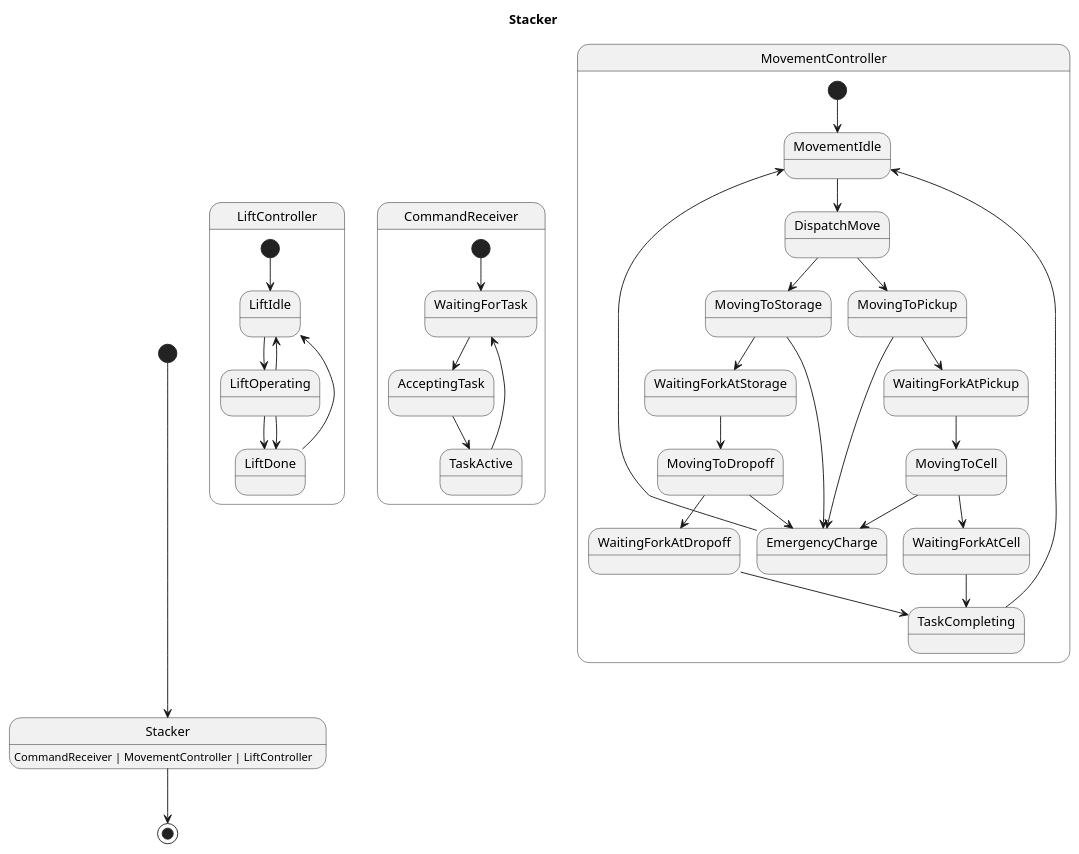
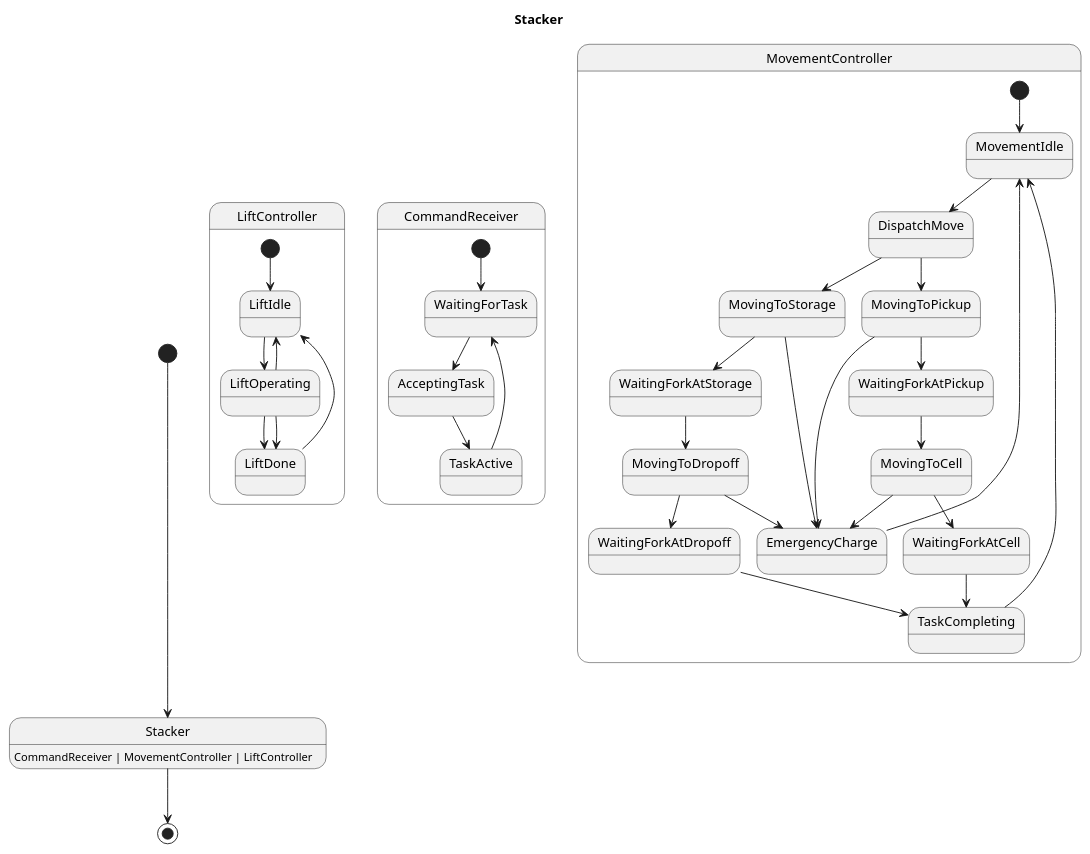
The diagram in examples/generated/plantuml/stacker.puml (Pastor/Takt), drawn with PlantUML before and after one commit. The commit also changed other lines of this file and 13 other files, not shown here.

```diff
--- a/examples/generated/plantuml/stacker.puml
+++ b/examples/generated/plantuml/stacker.puml
@@ -1,45 +1,45 @@
 @startuml
 title Stacker
 
 [*] --> Stacker
 Stacker : CommandReceiver | MovementController | LiftController
 Stacker --> [*]
 
 state LiftController {
     [*] --> LiftIdle
     LiftOperating --> LiftDone
     LiftOperating --> LiftDone
     LiftOperating --> LiftIdle
+    LiftDone --> LiftIdle
     LiftIdle --> LiftOperating
-    LiftDone --> LiftIdle
 }
 
 state CommandReceiver {
     [*] --> WaitingForTask
+    AcceptingTask --> TaskActive
     TaskActive --> WaitingForTask
     WaitingForTask --> AcceptingTask
-    AcceptingTask --> TaskActive
 }
 
 state MovementController {
     [*] --> MovementIdle
-    TaskCompleting --> MovementIdle
-    MovingToDropoff --> WaitingForkAtDropoff
-    MovingToDropoff --> EmergencyCharge
-    WaitingForkAtCell --> TaskCompleting
     WaitingForkAtPickup --> MovingToCell
     MovingToCell --> WaitingForkAtCell
     MovingToCell --> EmergencyCharge
+    MovingToDropoff --> WaitingForkAtDropoff
+    MovingToDropoff --> EmergencyCharge
+    MovingToPickup --> WaitingForkAtPickup
+    MovingToPickup --> EmergencyCharge
+    TaskCompleting --> MovementIdle
+    WaitingForkAtDropoff --> TaskCompleting
+    WaitingForkAtStorage --> MovingToDropoff
+    MovementIdle --> DispatchMove
+    WaitingForkAtCell --> TaskCompleting
+    DispatchMove --> MovingToPickup
+    DispatchMove --> MovingToStorage
     MovingToStorage --> WaitingForkAtStorage
     MovingToStorage --> EmergencyCharge
-    MovementIdle --> DispatchMove
     EmergencyCharge --> MovementIdle
-    MovingToPickup --> WaitingForkAtPickup
-    MovingToPickup --> EmergencyCharge
-    DispatchMove --> MovingToPickup
-    DispatchMove --> MovingToStorage
-    WaitingForkAtDropoff --> TaskCompleting
-    WaitingForkAtStorage --> MovingToDropoff
 }
 
 @enduml
```
